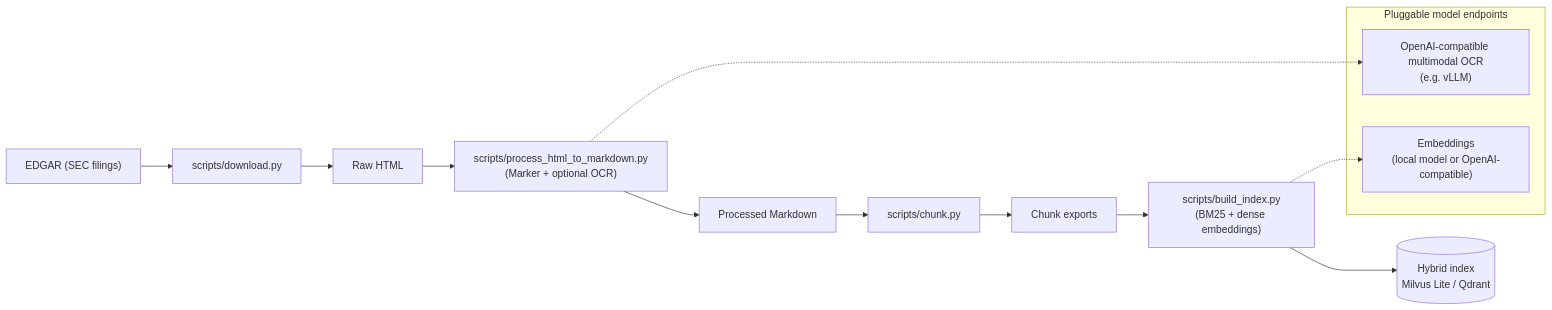
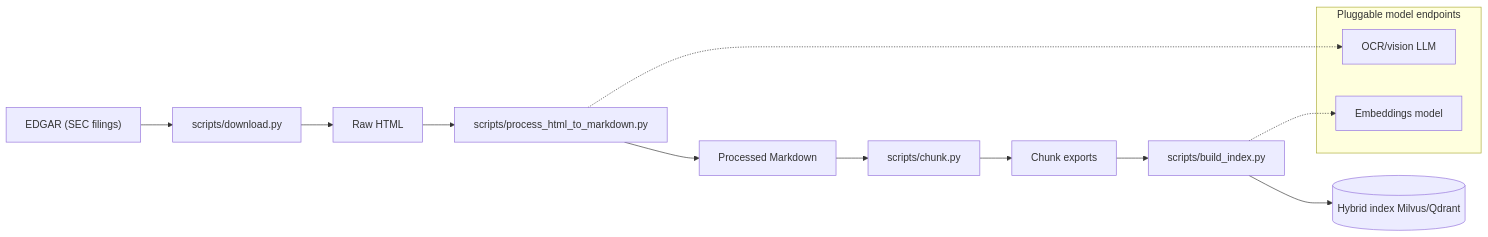
The first of 8 diagrams in README.md (linminhtoo/andromeda), drawn with Mermaid before and after one commit. The commit also changed other lines of this file, not shown here.

Commit message:
doc(README): fix mermaid line breaks

````diff
--- a/README.md
+++ b/README.md
@@ -28,15 +28,15 @@
 ```mermaid
 flowchart LR
   EDGAR["EDGAR (SEC filings)"] --> DL[scripts/download.py] --> HTML[Raw HTML]
-  HTML --> H2M["scripts/process_html_to_markdown.py<br>(Marker + optional OCR)"] --> MD[Processed Markdown]
+  HTML --> H2M["scripts/process_html_to_markdown.py"] --> MD[Processed Markdown]
   MD --> CH[scripts/chunk.py] --> CHOUT[Chunk exports]
-  CHOUT --> IDX["scripts/build_index.py<br>(BM25 + dense embeddings)"] --> DB[(Hybrid index<br>Milvus Lite / Qdrant)]
+  CHOUT --> IDX["scripts/build_index.py"] --> DB[(Hybrid index Milvus/Qdrant)]
 
   subgraph Models["Pluggable model endpoints"]
-    OCR["OpenAI-compatible multimodal OCR<br>(e.g. vLLM)"]
-    EMB["Embeddings<br>(local model or OpenAI-compatible)"]
+    OCR["OCR/vision LLM"]
+    EMB["Embeddings model"]
   end
 
   H2M -.-> OCR
   IDX -.-> EMB
 ```
````
